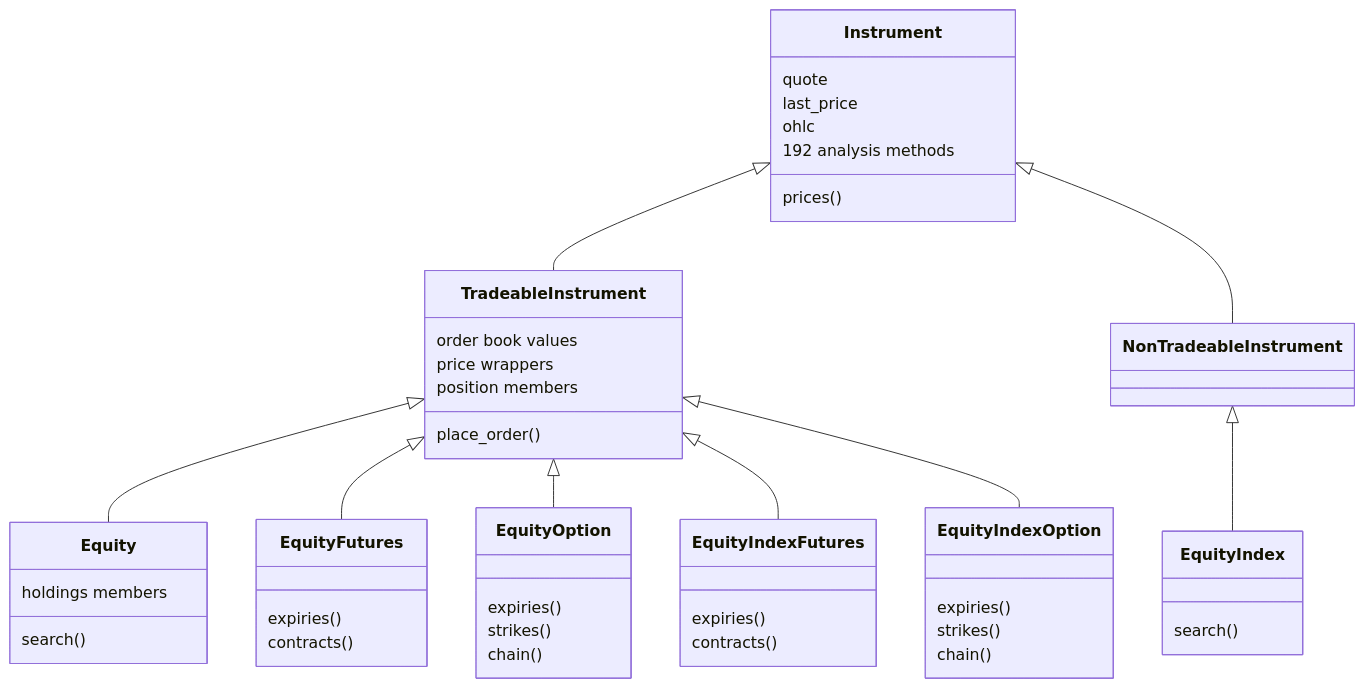
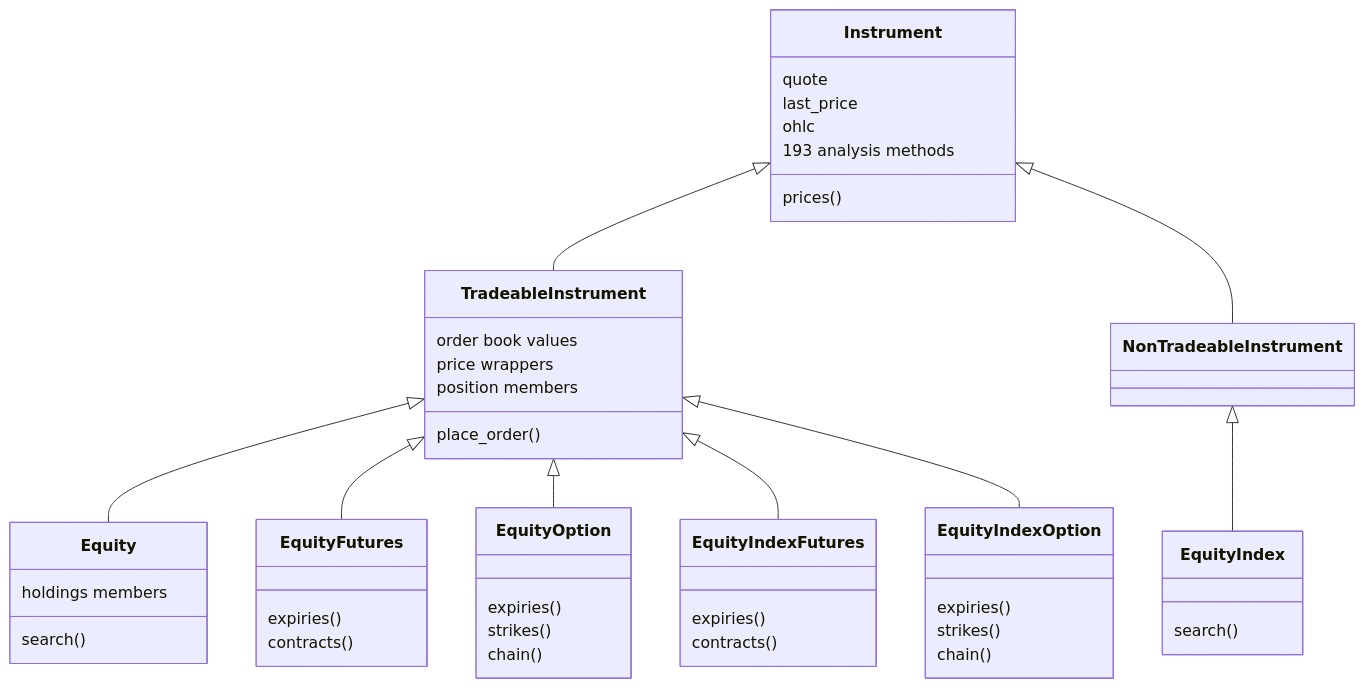
The first of 2 diagrams in docs/asset-classes/equities.md (pramodathani/tradingmachine), drawn with Mermaid before and after one commit. The commit also changed 18 other files, not shown here.

````diff
--- a/docs/asset-classes/equities.md
+++ b/docs/asset-classes/equities.md
@@ -20,51 +20,51 @@
 ```mermaid
 classDiagram
     direction BT
     class Instrument {
         prices()
         quote
         last_price
         ohlc
-        192 analysis methods
+        193 analysis methods
     }
     class TradeableInstrument {
         order book values
         place_order()
         price wrappers
         position members
     }
     class NonTradeableInstrument
     class Equity {
         holdings members
         search()
     }
     class EquityIndex {
         search()
     }
     class EquityFutures {
         expiries()
         contracts()
     }
     class EquityIndexFutures {
         expiries()
         contracts()
     }
     class EquityOption {
         expiries()
         strikes()
         chain()
     }
     class EquityIndexOption {
         expiries()
         strikes()
         chain()
     }
     TradeableInstrument --|> Instrument
     NonTradeableInstrument --|> Instrument
     Equity --|> TradeableInstrument
     EquityFutures --|> TradeableInstrument
     EquityOption --|> TradeableInstrument
     EquityIndexFutures --|> TradeableInstrument
     EquityIndexOption --|> TradeableInstrument
     EquityIndex --|> NonTradeableInstrument
 ```
````
